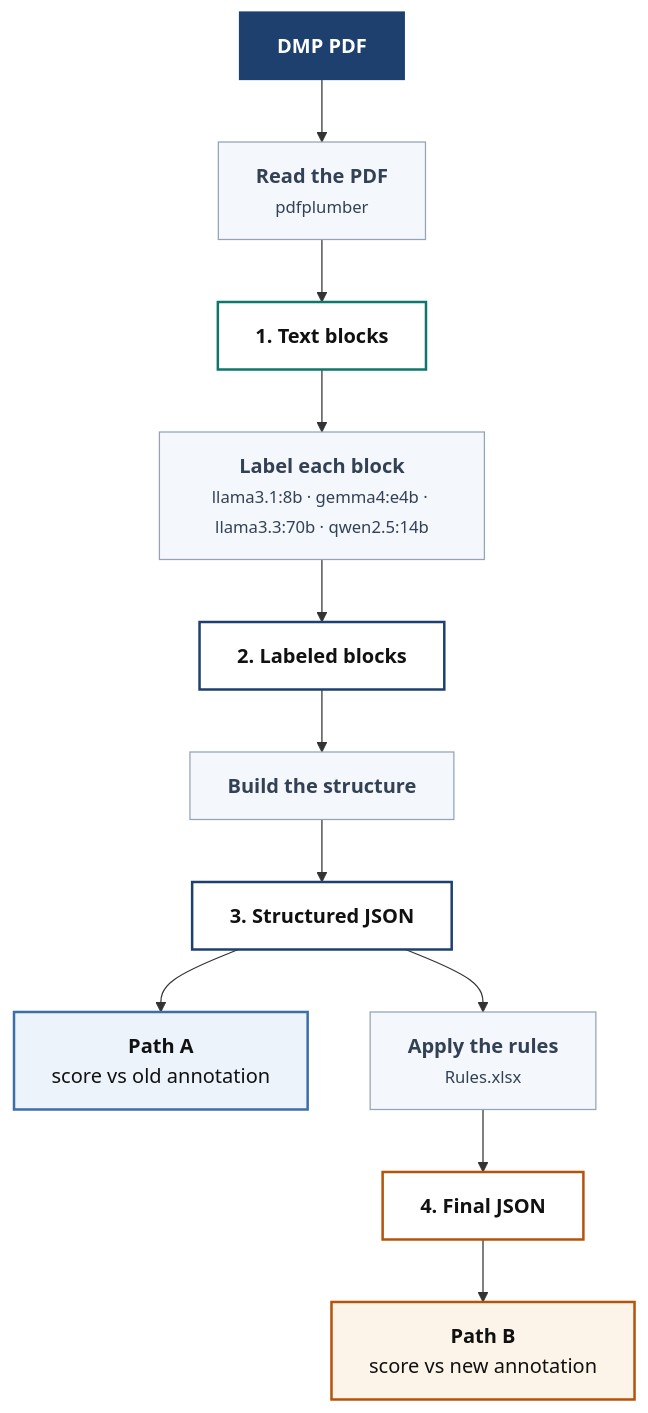
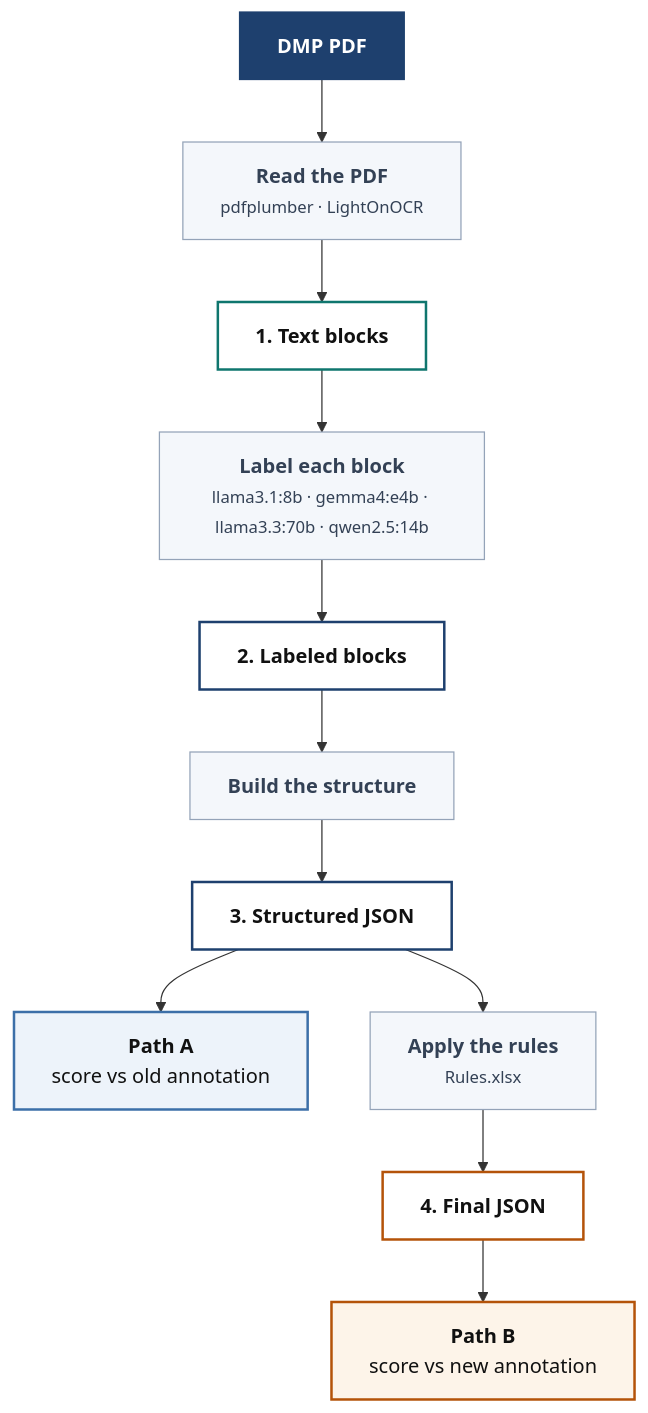
The diagram in README.md (fairdataihub/dmpbridge), drawn with Mermaid before and after one commit. The commit also changed 1 other file, not shown here.

Commit message:
Update pipeline documentation to include LightOnOCR in PDF reading step

````diff
--- a/README.md
+++ b/README.md
@@ -16,32 +16,32 @@
 ```mermaid
 flowchart TD
     PDF["<b>DMP PDF</b>"]
 
-    PDF --> READ["<b>Read the PDF</b><br/><small>pdfplumber</small>"]
+    PDF --> READ["<b>Read the PDF</b><br/><small>pdfplumber · LightOnOCR</small>"]
     READ --> S1["<b>1. Text blocks</b>"]
     S1 --> LABEL["<b>Label each block</b><br/><small>llama3.1:8b · gemma4:e4b · llama3.3:70b · qwen2.5:14b</small>"]
     LABEL --> S2["<b>2. Labeled blocks</b>"]
     S2 --> BUILD["<b>Build the structure</b>"]
     BUILD --> S3["<b>3. Structured JSON</b>"]
 
     S3 --> PATHA["<b>Path A</b><br/>score vs old annotation"]
     S3 --> RULES["<b>Apply the rules</b><br/><small>Rules.xlsx</small>"]
     RULES --> S4["<b>4. Final JSON</b>"]
     S4 --> PATHB["<b>Path B</b><br/>score vs new annotation"]
 
     classDef input  fill:#1E406E,stroke:#1E406E,color:#ffffff
     classDef step   fill:#F4F7FB,stroke:#94A3B8,stroke-width:1px,color:#334155
     classDef cached fill:#ffffff,stroke:#0F766E,stroke-width:2px,color:#111
     classDef data   fill:#ffffff,stroke:#1E406E,stroke-width:2px,color:#111
     classDef rules  fill:#ffffff,stroke:#B45309,stroke-width:2px,color:#111
     classDef pathA  fill:#EDF3FA,stroke:#3C6FA8,stroke-width:2px,color:#111
     classDef pathB  fill:#FDF4E9,stroke:#B45309,stroke-width:2px,color:#111
 
     class PDF input
     class READ,LABEL,BUILD,RULES step
     class S1 cached
     class S2,S3 data
     class S4 rules
     class PATHA pathA
     class PATHB pathB
 ```
````
